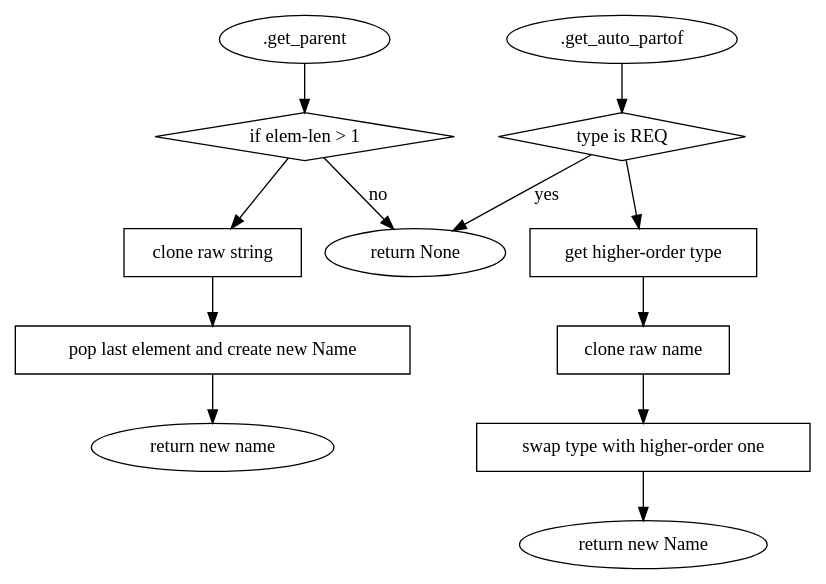
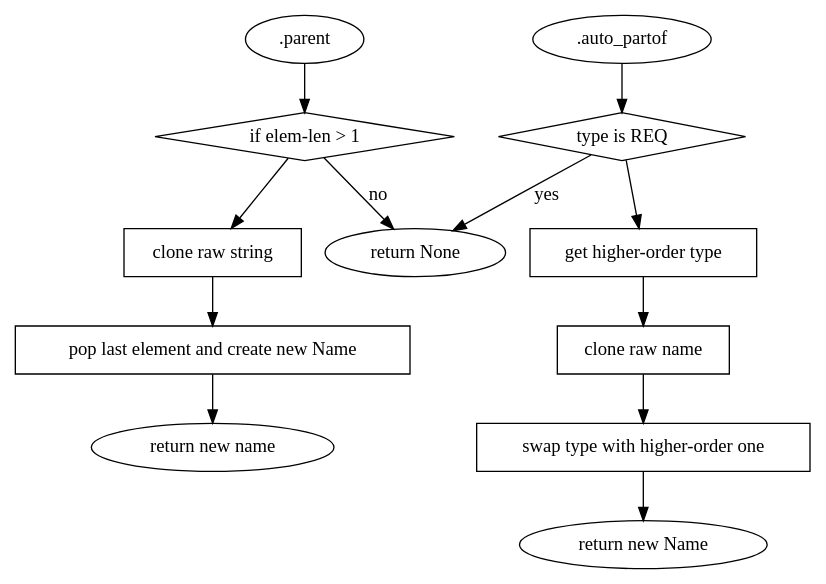
Before and after one commit to vitiral/artifact: the third of 3 diagrams in artifact-data/design/family.md, drawn with Graphviz. The commit also changed other lines of this file and 27 other files, not shown here.

````diff
--- a/artifact-data/design/family.md
+++ b/artifact-data/design/family.md
@@ -98,21 +98,21 @@
 ```dot
 digraph G {
-    ".get_parent" -> { "if" [label="if elem-len > 1"; shape=diamond] };
+    ".parent" -> { "if" [label="if elem-len > 1"; shape=diamond] };
     "if" -> "return None" [label = "no"];
     "if" -> {"clone raw string" [
         shape=box;
     ]} -> {"pop last element and create new Name" [
         shape=box;
     ]} -> "return new name";
 
-    ".get_auto_partof" -> { if_req [label="type is REQ"; shape=diamond] };
+    ".auto_partof" -> { if_req [label="type is REQ"; shape=diamond] };
     if_req -> "return None" [label="yes"];
     if_req -> {"get higher-order type" [
         shape=box;
     ]} -> {"clone raw name" [
         shape=box;
     ]} -> {"swap type with higher-order one" [
         shape=box;
     ]} -> "return new Name";
 }
 ```
````
